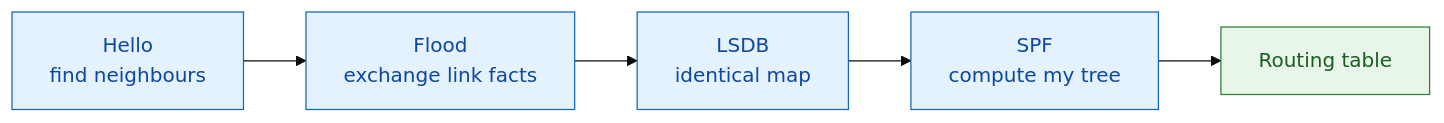
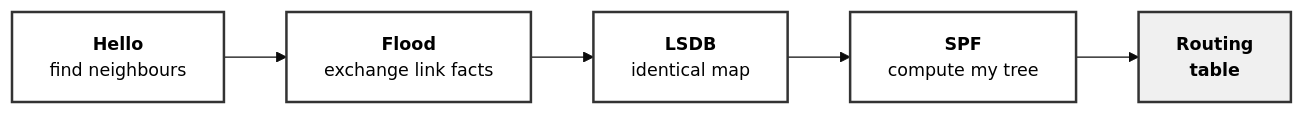
One commit to etherhtun/netforge-labs changed the diagram in docs/courses/00-igp-fundamentals/01-link-state.md. Above: the diagram before and after it, drawn with Mermaid (base theme). The commit also changed 1 other file, not shown here.

Commit message:
fix: improve diagram readability in Phase 0 (light + dark mode)
The two Mermaid diagrams in Phase 0 used hard-coded Material Design colors
that looked good in light mode but were unreadable in dark mode.

Updated both diagrams:
- 01-link-state: Hello → Flood → LSDB → SPF → Routing table
- 02-ospf: Adjacency state machine (Down through Full)

Changes:
- White/light-gray backgrounds (readable in both light and dark themes)
- Dark borders (#333333) and text (#000000) for high contrast
- Larger font-size (14px, 13px) for readability
- Bold labels (emphasized with <b> tags) to pop against background

Tested: --strict clean, build succeeds.

````diff
--- a/docs/courses/00-igp-fundamentals/01-link-state.md
+++ b/docs/courses/00-igp-fundamentals/01-link-state.md
@@ -86,10 +86,10 @@
 ```mermaid
 graph LR
-    A["Hello<br/>find neighbours"] --> B["Flood<br/>exchange link facts"]
-    B --> C["LSDB<br/>identical map"]
-    C --> D["SPF<br/>compute my tree"]
-    D --> E["Routing table"]
-    classDef s fill:#e3f2fd,stroke:#1565c0,color:#0d47a1;
-    classDef r fill:#e8f5e9,stroke:#2e7d32,color:#1b5e20;
-    class A,B,C,D s; class E r;
+    A["<b>Hello</b><br/>find neighbours"] --> B["<b>Flood</b><br/>exchange link facts"]
+    B --> C["<b>LSDB</b><br/>identical map"]
+    C --> D["<b>SPF</b><br/>compute my tree"]
+    D --> E["<b>Routing<br/>table</b>"]
+    classDef process fill:#ffffff,stroke:#333333,color:#000000,stroke-width:2px,font-size:14px;
+    classDef result fill:#f0f0f0,stroke:#333333,color:#000000,stroke-width:2px,font-size:14px;
+    class A,B,C,D process; class E result;
 ```
````
